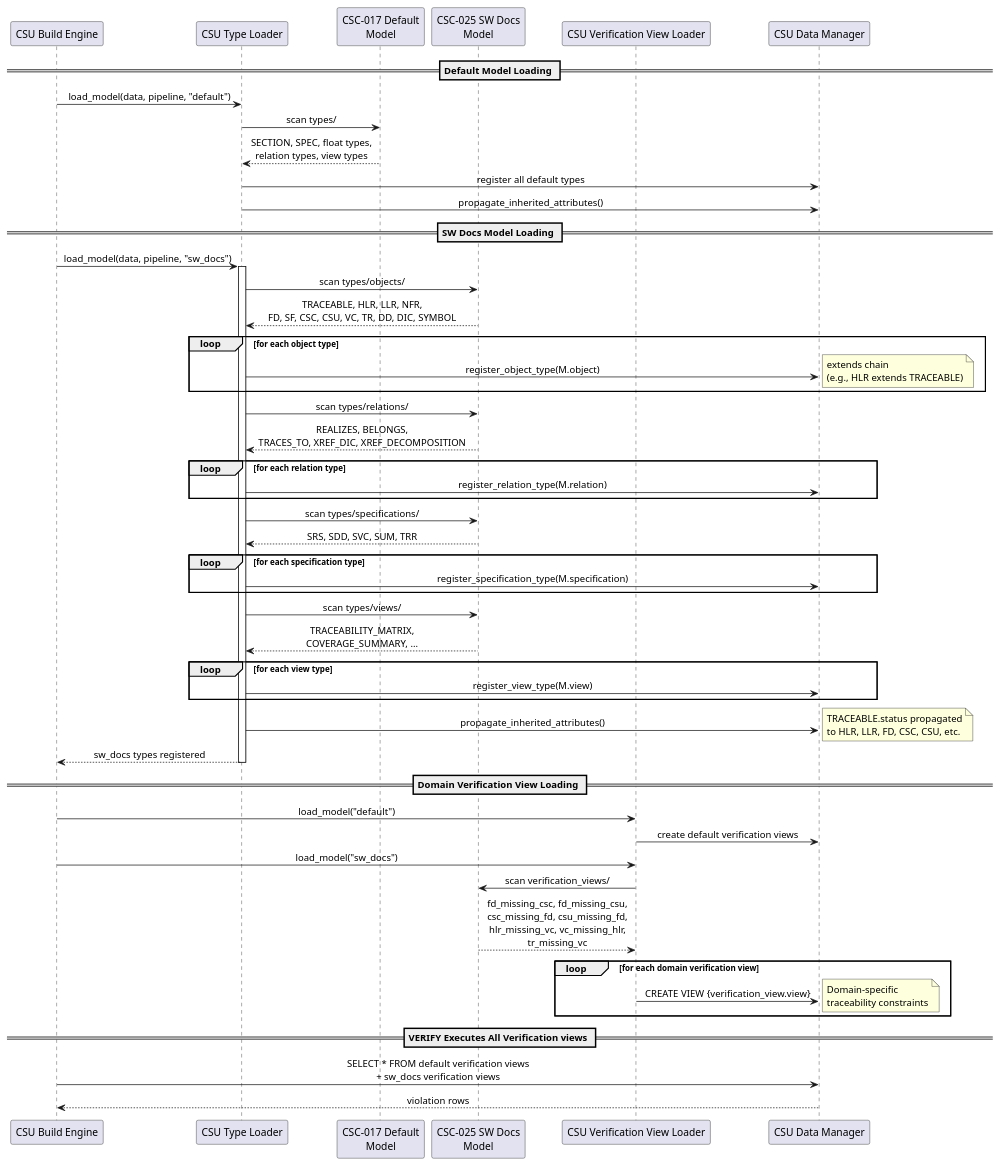
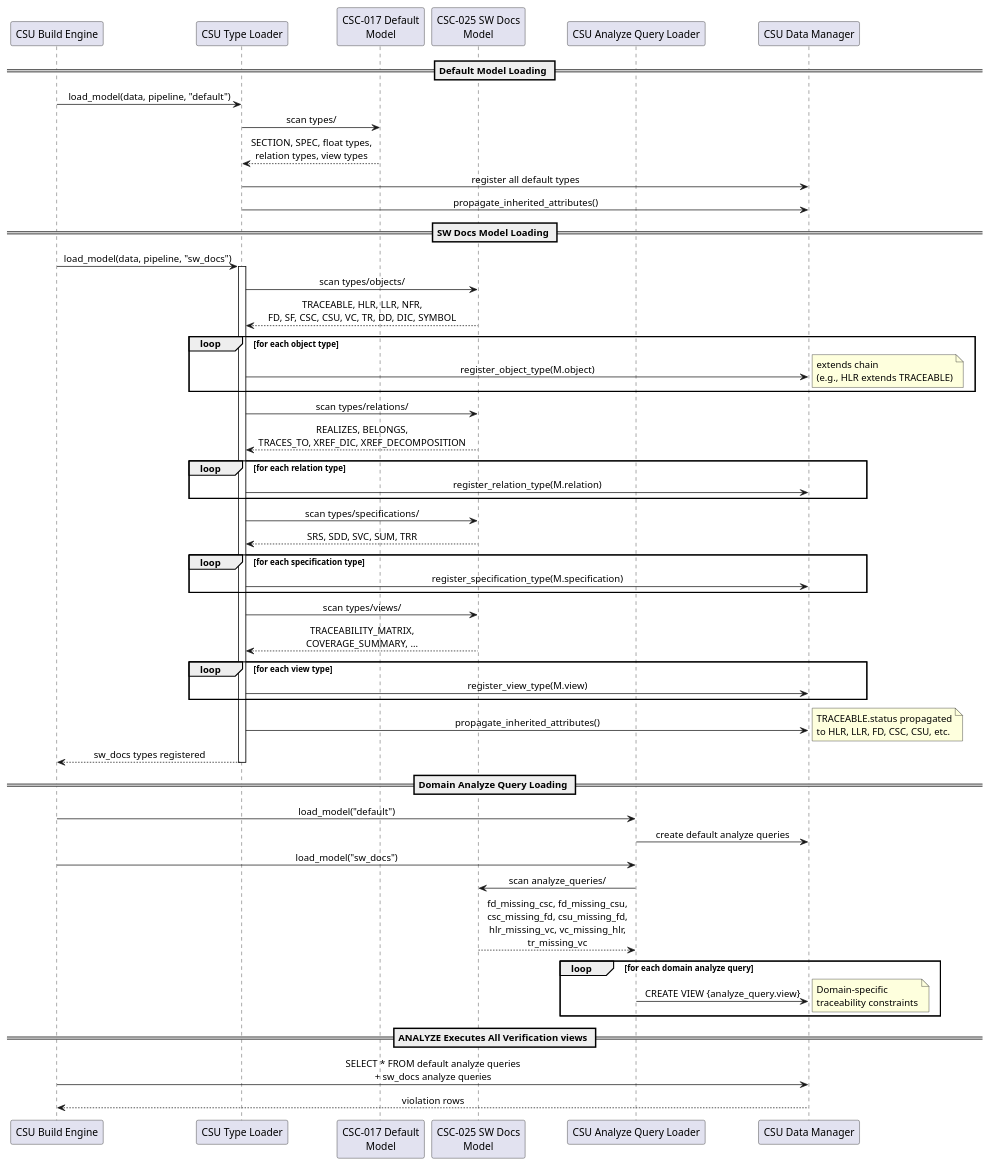
Before and after one commit to SpecIR/SpecCompiler: the diagram in docs/engineering_docs/architecture/sw_docs_model_design.md, drawn with PlantUML. The commit also changed other lines of this file and 159 other files, not shown here.

````diff
--- a/docs/engineering_docs/architecture/sw_docs_model_design.md
+++ b/docs/engineering_docs/architecture/sw_docs_model_design.md
@@ -90,70 +90,70 @@
 ```puml:fd-007-sw-docs{caption="Software Documentation Domain Model"}
 @startuml
 skinparam backgroundColor #FFFFFF
 skinparam sequenceMessageAlign center
 
 participant "CSU Build Engine" as E
 participant "CSU Type Loader" as TL
 participant "CSC-017 Default\nModel" as DEF
 participant "CSC-025 SW Docs\nModel" as SW
-participant "CSU Verification View Loader" as PL
+participant "CSU Analyze Query Loader" as PL
 participant "CSU Data Manager" as DB
 
 == Default Model Loading ==
 E -> TL: load_model(data, pipeline, "default")
 TL -> DEF: scan types/
 DEF --> TL: SECTION, SPEC, float types,\nrelation types, view types
 TL -> DB: register all default types
 TL -> DB: propagate_inherited_attributes()
 
 == SW Docs Model Loading ==
 E -> TL: load_model(data, pipeline, "sw_docs")
 activate TL
 
 TL -> SW: scan types/objects/
 SW --> TL: TRACEABLE, HLR, LLR, NFR,\nFD, SF, CSC, CSU, VC, TR, DD, DIC, SYMBOL
 loop for each object type
     TL -> DB: register_object_type(M.object)
     note right: extends chain\n(e.g., HLR extends TRACEABLE)
 end
 
 TL -> SW: scan types/relations/
 SW --> TL: REALIZES, BELONGS,\nTRACES_TO, XREF_DIC, XREF_DECOMPOSITION
 loop for each relation type
     TL -> DB: register_relation_type(M.relation)
 end
 
 TL -> SW: scan types/specifications/
 SW --> TL: SRS, SDD, SVC, SUM, TRR
 loop for each specification type
     TL -> DB: register_specification_type(M.specification)
 end
 
 TL -> SW: scan types/views/
 SW --> TL: TRACEABILITY_MATRIX,\nCOVERAGE_SUMMARY, ...
 loop for each view type
     TL -> DB: register_view_type(M.view)
 end
 
 TL -> DB: propagate_inherited_attributes()
 note right: TRACEABLE.status propagated\nto HLR, LLR, FD, CSC, CSU, etc.
 TL --> E: sw_docs types registered
 deactivate TL
 
-== Domain Verification View Loading ==
+== Domain Analyze Query Loading ==
 E -> PL: load_model("default")
-PL -> DB: create default verification views
+PL -> DB: create default analyze queries
 
 E -> PL: load_model("sw_docs")
-PL -> SW: scan verification_views/
+PL -> SW: scan analyze_queries/
 SW --> PL: fd_missing_csc, fd_missing_csu,\ncsc_missing_fd, csu_missing_fd,\nhlr_missing_vc, vc_missing_hlr,\ntr_missing_vc
-loop for each domain verification view
-    PL -> DB: CREATE VIEW {verification_view.view}
+loop for each domain analyze query
+    PL -> DB: CREATE VIEW {analyze_query.view}
     note right: Domain-specific\ntraceability constraints
 end
 
-== VERIFY Executes All Verification views ==
-E -> DB: SELECT * FROM default verification views\n+ sw_docs verification views
+== ANALYZE Executes All Verification views ==
+E -> DB: SELECT * FROM default analyze queries\n+ sw_docs analyze queries
 DB --> E: violation rows
 @enduml
 ```
````
